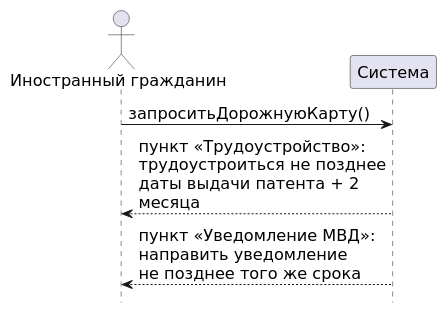
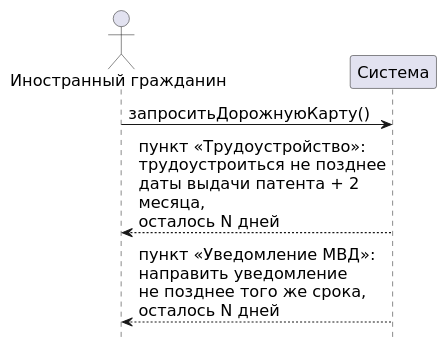
Before and after one commit to mflkee/study: the diagram in tsu/5sem/Функциональное моделирование систем/документы/src/03-p2-osnovnoy.puml, drawn with PlantUML. The commit also changed 8 other files, not shown here.

```diff
--- a/tsu/5sem/Функциональное моделирование систем/документы/src/03-p2-osnovnoy.puml
+++ b/tsu/5sem/Функциональное моделирование систем/документы/src/03-p2-osnovnoy.puml
@@ -1,13 +1,13 @@
 @startuml
 skinparam shadowing false
 skinparam defaultFontName "DejaVu Sans"
 skinparam defaultFontSize 16
 skinparam sequenceMessageAlign left
 skinparam maxMessageSize 260
 hide footbox
 actor "Иностранный гражданин" as IG
 participant "Система" as SYS
 IG -> SYS : запроситьДорожнуюКарту()
-SYS --> IG : пункт «Трудоустройство»:\nтрудоустроиться не позднее\nдаты выдачи патента + 2 месяца
-SYS --> IG : пункт «Уведомление МВД»:\nнаправить уведомление\nне позднее того же срока
+SYS --> IG : пункт «Трудоустройство»:\nтрудоустроиться не позднее\nдаты выдачи патента + 2 месяца,\nосталось N дней
+SYS --> IG : пункт «Уведомление МВД»:\nнаправить уведомление\nне позднее того же срока,\nосталось N дней
 @enduml
```
